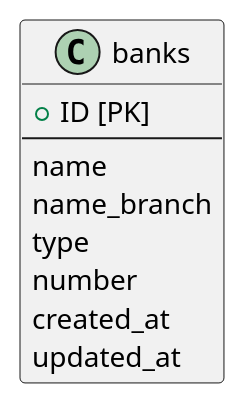
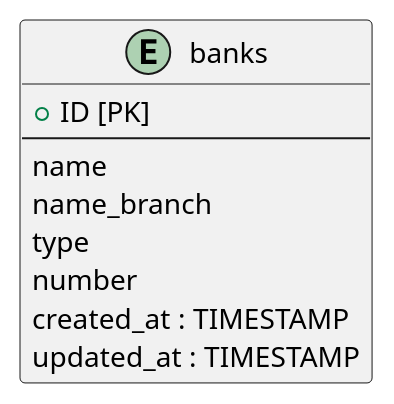
The diagram in db/banks.pu (mybz-inc/sneaker), drawn with PlantUML before and after one commit. The commit also changed 6 other files, not shown here.

```diff
--- a/db/banks.pu
+++ b/db/banks.pu
@@ -1,12 +1,12 @@
 @startuml banks
-class banks {
+entity banks {
   + ID [PK]
   --
   name
   name_branch
   type
   number
-  created_at
-  updated_at
+  created_at : TIMESTAMP
+  updated_at : TIMESTAMP
 }
 @enduml
```
